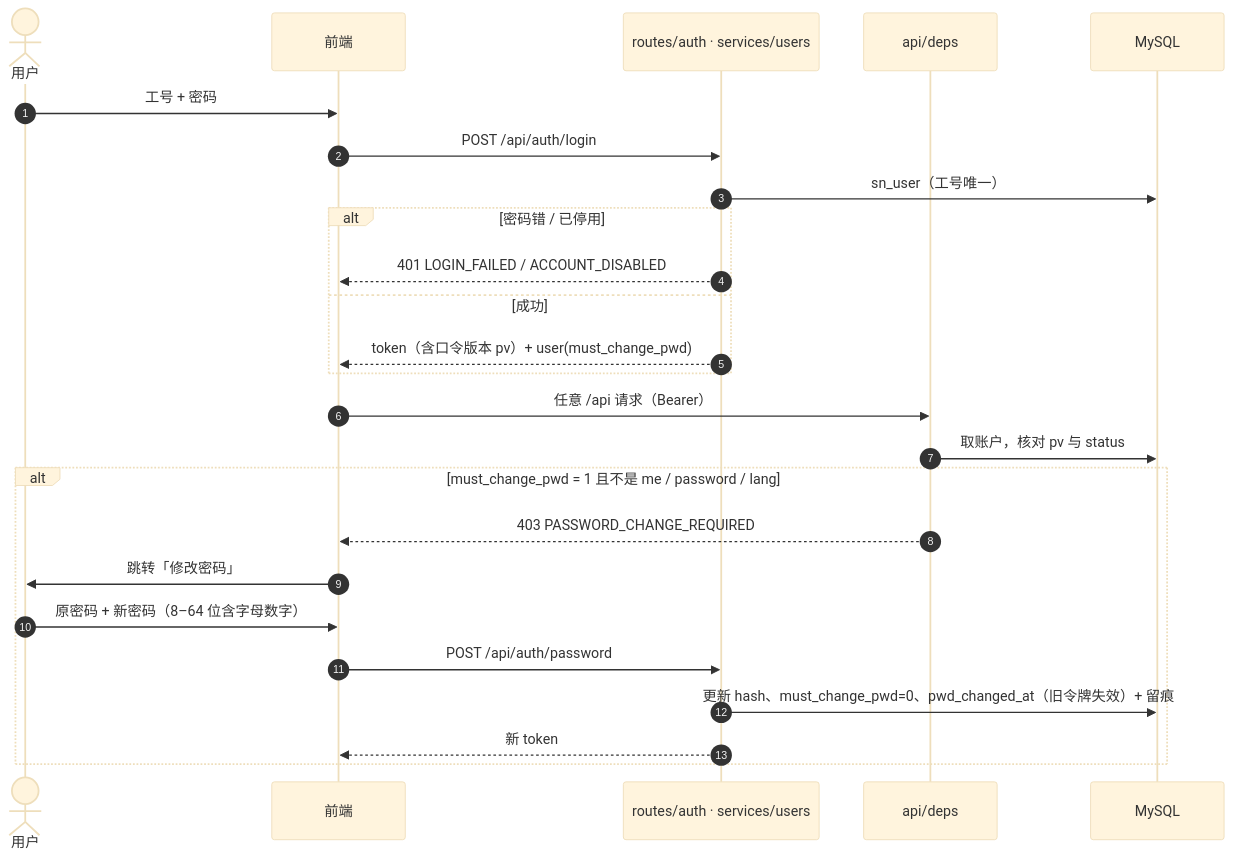
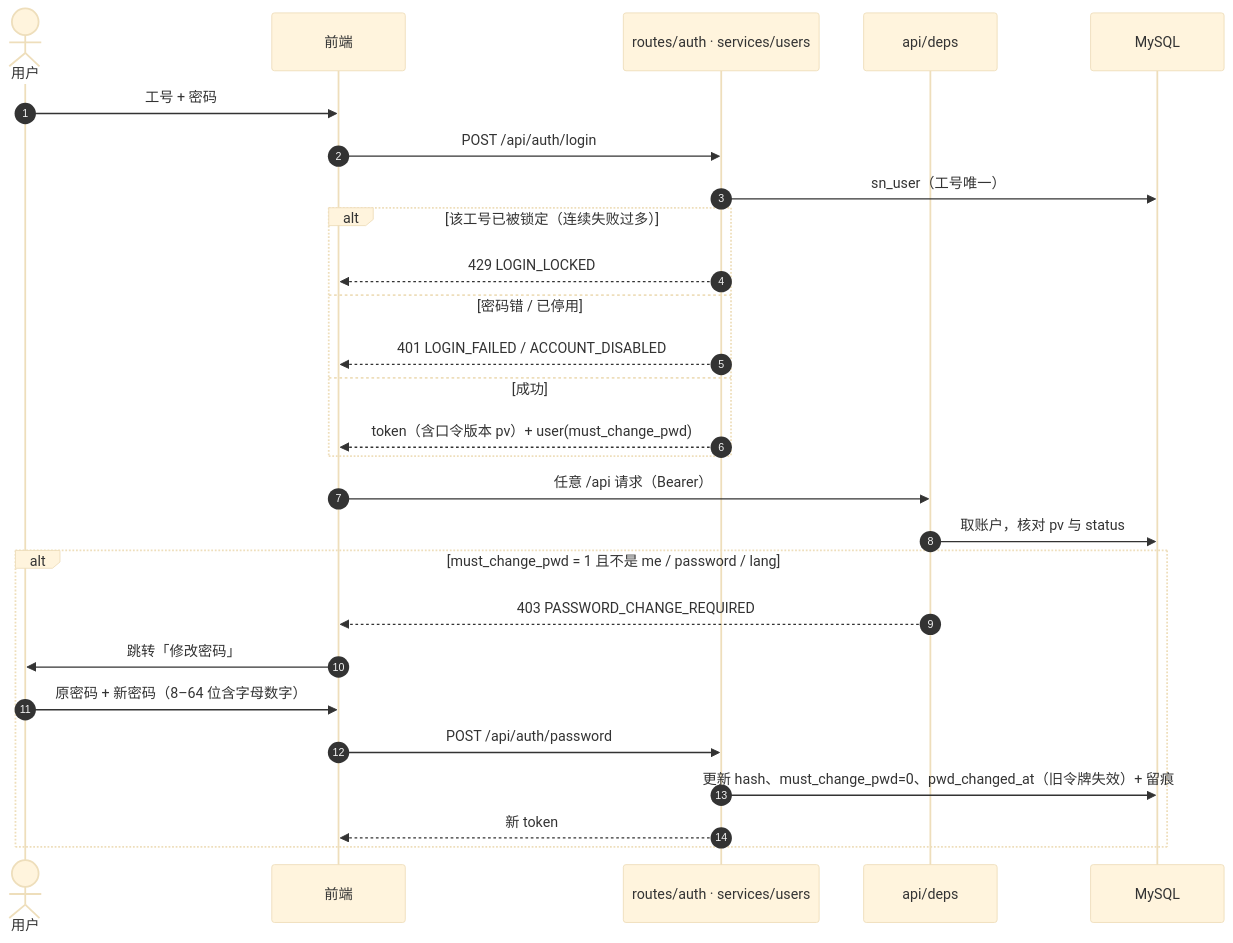
One commit to Createsnow/sn-center changed the fourth of 12 diagrams in docs/技术文档.md. Above: the diagram before and after it, drawn with Mermaid (base theme). The commit also changed other lines of this file and 18 other files, not shown here.

````diff
--- a/docs/技术文档.md
+++ b/docs/技术文档.md
@@ -154,27 +154,29 @@
 ```mermaid
 sequenceDiagram
     autonumber
     actor U as 用户
     participant W as 前端
     participant A as routes/auth · services/users
     participant I as api/deps
     participant DB as MySQL
     U->>W: 工号 + 密码
     W->>A: POST /api/auth/login
     A->>DB: sn_user（工号唯一）
-    alt 密码错 / 已停用
+    alt 该工号已被锁定（连续失败过多）
+        A-->>W: 429 LOGIN_LOCKED
+    else 密码错 / 已停用
         A-->>W: 401 LOGIN_FAILED / ACCOUNT_DISABLED
     else 成功
         A-->>W: token（含口令版本 pv）+ user(must_change_pwd)
     end
     W->>I: 任意 /api 请求（Bearer）
     I->>DB: 取账户，核对 pv 与 status
     alt must_change_pwd = 1 且不是 me / password / lang
         I-->>W: 403 PASSWORD_CHANGE_REQUIRED
         W->>U: 跳转「修改密码」
         U->>W: 原密码 + 新密码（8–64 位含字母数字）
         W->>A: POST /api/auth/password
         A->>DB: 更新 hash、must_change_pwd=0、pwd_changed_at（旧令牌失效）+ 留痕
         A-->>W: 新 token
     end
 ```
````
